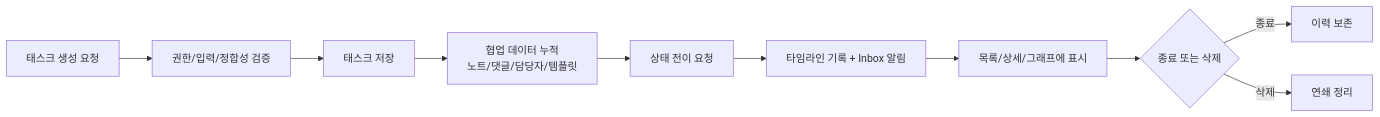
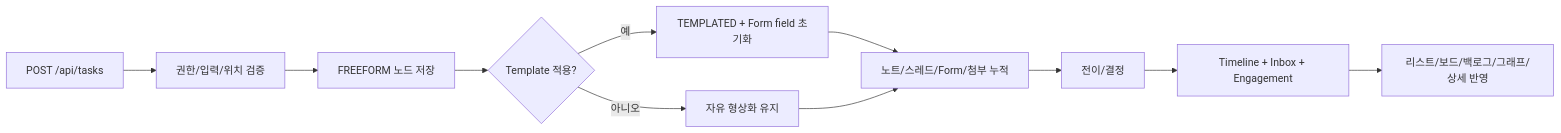
The diagram in docs/TASK_LIFECYCLE.md (claire-yunsumin/test), drawn with Mermaid before and after one commit. The commit also changed other lines of this file and 18 other files, not shown here.

````diff
--- a/docs/TASK_LIFECYCLE.md
+++ b/docs/TASK_LIFECYCLE.md
@@ -86,12 +91,13 @@
 ```mermaid
 flowchart LR
-  A[태스크 생성 요청] --> B[권한/입력/정합성 검증]
-  B --> C[태스크 저장]
-  C --> D[협업 데이터 누적<br/>노트/댓글/담당자/템플릿]
-  D --> E[상태 전이 요청]
-  E --> F[타임라인 기록 + Inbox 알림]
-  F --> G[목록/상세/그래프에 표시]
-  G --> H{종료 또는 삭제}
-  H -->|종료| I[이력 보존]
-  H -->|삭제| J[연쇄 정리]
+  A[POST /api/tasks] --> B[권한/입력/위치 검증]
+  B --> C[FREEFORM 노드 저장]
+  C --> D{Template 적용?}
+  D -->|예| E[TEMPLATED + Form field 초기화]
+  D -->|아니오| F[자유 형상화 유지]
+  E --> G[노트/스레드/Form/첨부 누적]
+  F --> G
+  G --> H[전이/결정]
+  H --> I[Timeline + Inbox + Engagement]
+  I --> J[리스트/보드/백로그/그래프/상세 반영]
 ```
````
